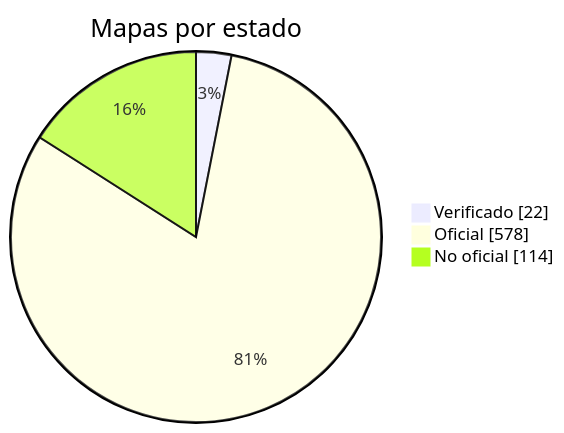
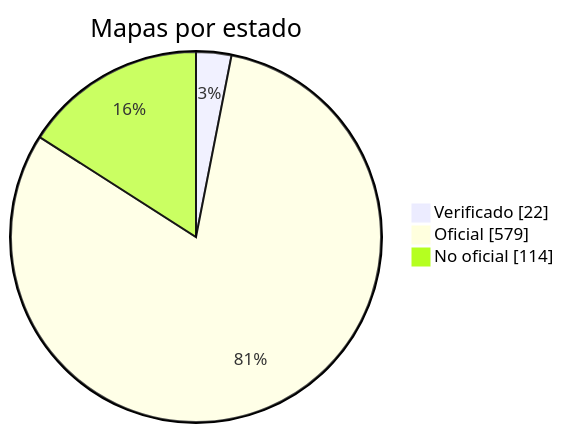
Before and after one commit to nobrega8/mbmap-library: the diagram in docs/readme/README_ES.md, drawn with Mermaid. The commit also changed 6 other files, not shown here.

````diff
--- a/docs/readme/README_ES.md
+++ b/docs/readme/README_ES.md
@@ -54,7 +54,7 @@
 ```mermaid
 pie showData
     title Mapas por estado
     "Verificado" : 22
-    "Oficial" : 578
+    "Oficial" : 579
     "No oficial" : 114
 ```
````
